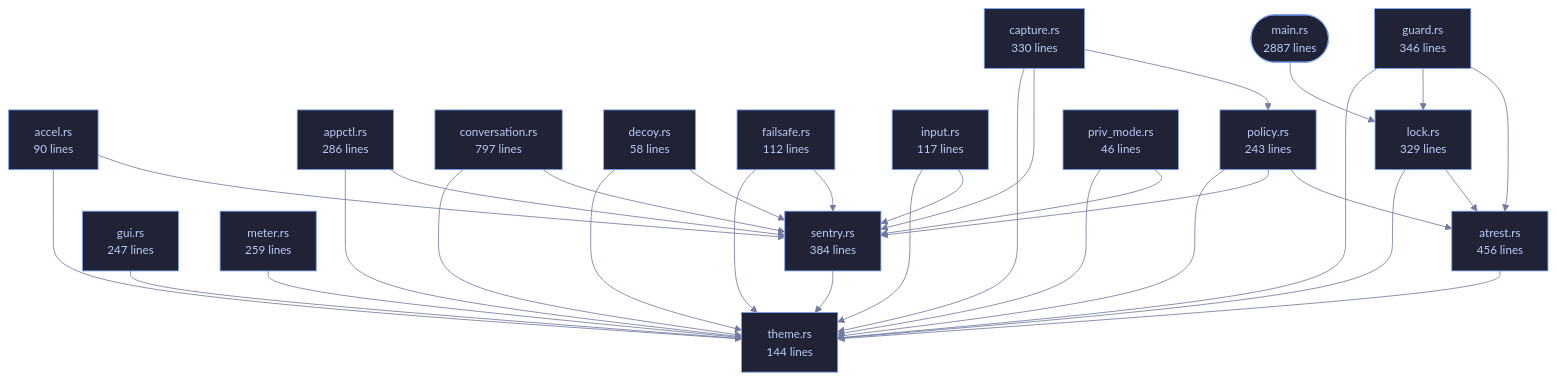
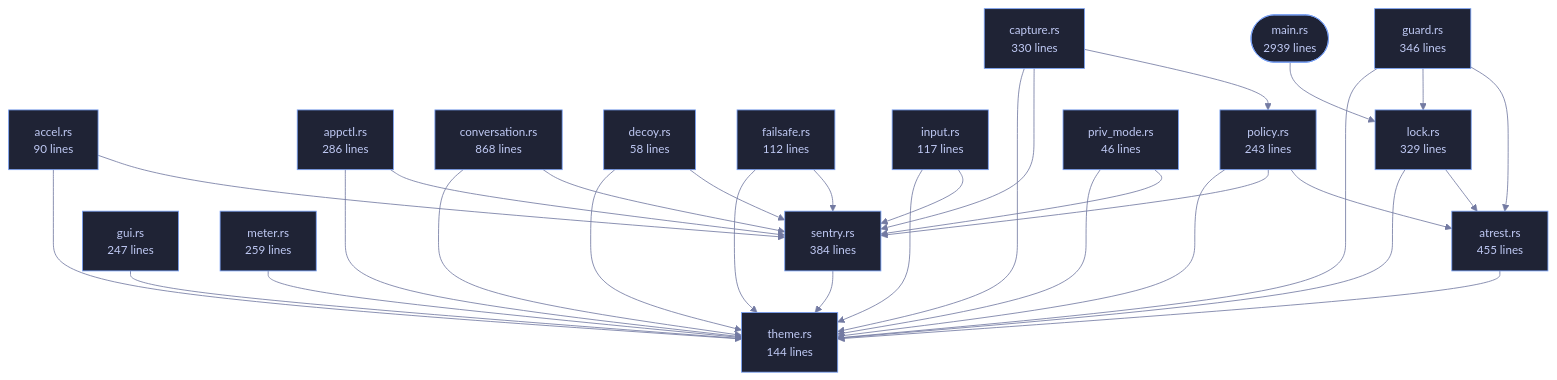
One commit to tilas01/veilvoice changed the diagram in crates/veilvoice-cli/README.md. Above: the diagram before and after it, drawn with Mermaid. The commit also changed other lines of this file and 64 other files, not shown here.

````diff
--- a/crates/veilvoice-cli/README.md
+++ b/crates/veilvoice-cli/README.md
@@ -110,68 +110,68 @@
 ```mermaid
 %%{init: {"theme":"base","themeVariables":{"background":"#1a1b26","primaryColor":"#1f2335","primaryTextColor":"#c0caf5","primaryBorderColor":"#7aa2f7","secondaryColor":"#16161e","tertiaryColor":"#16161e","lineColor":"#737aa2","textColor":"#c0caf5","mainBkg":"#1f2335","nodeBorder":"#7aa2f7","clusterBkg":"#16161e","clusterBorder":"#2f3549","fontFamily":"ui-monospace, SFMono-Regular, Consolas, monospace","fontSize":"14px"}}}%%
 flowchart TD
-    n_main(["main.rs<br/>2887 lines"])
+    n_main(["main.rs<br/>2939 lines"])
     n_accel["accel.rs<br/>90 lines"]
     n_appctl["appctl.rs<br/>286 lines"]
-    n_atrest["atrest.rs<br/>456 lines"]
+    n_atrest["atrest.rs<br/>455 lines"]
     n_capture["capture.rs<br/>330 lines"]
-    n_conversation["conversation.rs<br/>797 lines"]
+    n_conversation["conversation.rs<br/>868 lines"]
     n_decoy["decoy.rs<br/>58 lines"]
     n_failsafe["failsafe.rs<br/>112 lines"]
     n_guard["guard.rs<br/>346 lines"]
     n_gui["gui.rs<br/>247 lines"]
     n_input["input.rs<br/>117 lines"]
     n_lock["lock.rs<br/>329 lines"]
     n_meter["meter.rs<br/>259 lines"]
     n_policy["policy.rs<br/>243 lines"]
     n_priv_mode["priv_mode.rs<br/>46 lines"]
     n_sentry["sentry.rs<br/>384 lines"]
     n_theme["theme.rs<br/>144 lines"]
     n_accel --> n_sentry
     n_accel --> n_theme
     n_appctl --> n_sentry
     n_appctl --> n_theme
     n_atrest --> n_theme
     n_capture --> n_policy
     n_capture --> n_sentry
     n_capture --> n_theme
     n_conversation --> n_sentry
     n_conversation --> n_theme
     n_decoy --> n_sentry
     n_decoy --> n_theme
     n_failsafe --> n_sentry
     n_failsafe --> n_theme
     n_guard --> n_atrest
     n_guard --> n_lock
     n_guard --> n_theme
     n_gui --> n_theme
     n_input --> n_sentry
     n_input --> n_theme
     n_lock --> n_atrest
     n_lock --> n_theme
     n_main --> n_lock
     n_meter --> n_theme
     n_policy --> n_atrest
     n_policy --> n_sentry
     n_policy --> n_theme
     n_priv_mode --> n_sentry
     n_priv_mode --> n_theme
     n_sentry --> n_theme
     click n_main href "https://github.com/tilas01/veilvoice/blob/main/crates/veilvoice-cli/src/main.rs" "open the source"
     click n_accel href "https://github.com/tilas01/veilvoice/blob/main/crates/veilvoice-cli/src/accel.rs" "open the source"
     click n_appctl href "https://github.com/tilas01/veilvoice/blob/main/crates/veilvoice-cli/src/appctl.rs" "open the source"
     click n_atrest href "https://github.com/tilas01/veilvoice/blob/main/crates/veilvoice-cli/src/atrest.rs" "open the source"
     click n_capture href "https://github.com/tilas01/veilvoice/blob/main/crates/veilvoice-cli/src/capture.rs" "open the source"
     click n_conversation href "https://github.com/tilas01/veilvoice/blob/main/crates/veilvoice-cli/src/conversation.rs" "open the source"
     click n_decoy href "https://github.com/tilas01/veilvoice/blob/main/crates/veilvoice-cli/src/decoy.rs" "open the source"
     click n_failsafe href "https://github.com/tilas01/veilvoice/blob/main/crates/veilvoice-cli/src/failsafe.rs" "open the source"
     click n_guard href "https://github.com/tilas01/veilvoice/blob/main/crates/veilvoice-cli/src/guard.rs" "open the source"
     click n_gui href "https://github.com/tilas01/veilvoice/blob/main/crates/veilvoice-cli/src/gui.rs" "open the source"
     click n_input href "https://github.com/tilas01/veilvoice/blob/main/crates/veilvoice-cli/src/input.rs" "open the source"
     click n_lock href "https://github.com/tilas01/veilvoice/blob/main/crates/veilvoice-cli/src/lock.rs" "open the source"
     click n_meter href "https://github.com/tilas01/veilvoice/blob/main/crates/veilvoice-cli/src/meter.rs" "open the source"
     click n_policy href "https://github.com/tilas01/veilvoice/blob/main/crates/veilvoice-cli/src/policy.rs" "open the source"
     click n_priv_mode href "https://github.com/tilas01/veilvoice/blob/main/crates/veilvoice-cli/src/priv_mode.rs" "open the source"
     click n_sentry href "https://github.com/tilas01/veilvoice/blob/main/crates/veilvoice-cli/src/sentry.rs" "open the source"
     click n_theme href "https://github.com/tilas01/veilvoice/blob/main/crates/veilvoice-cli/src/theme.rs" "open the source"
 ```
````
